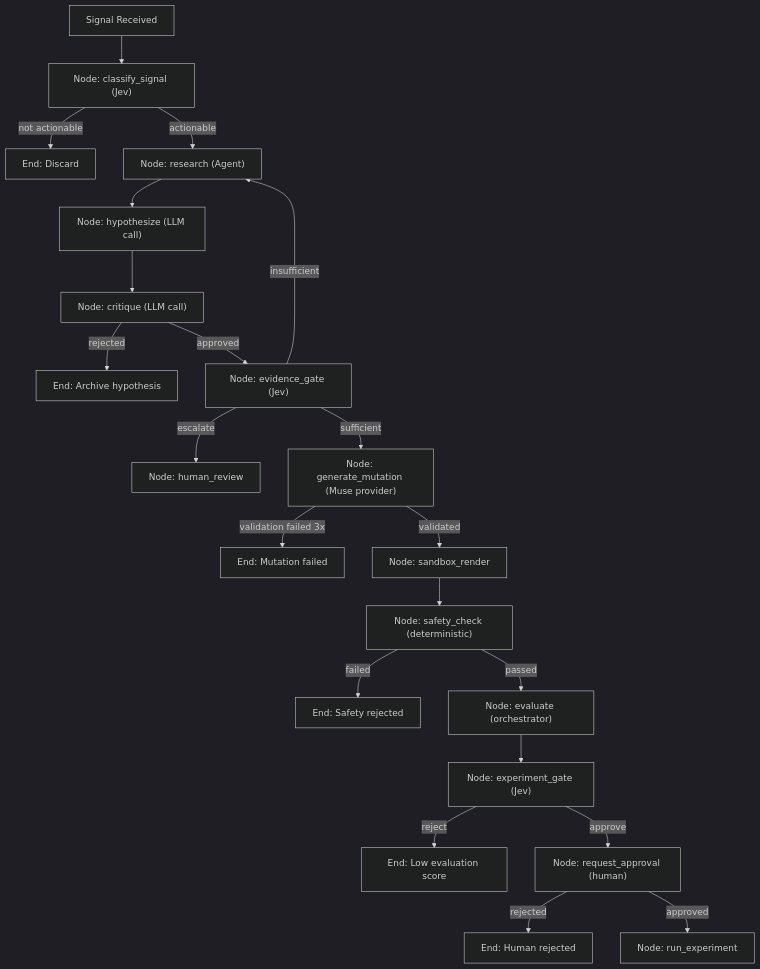
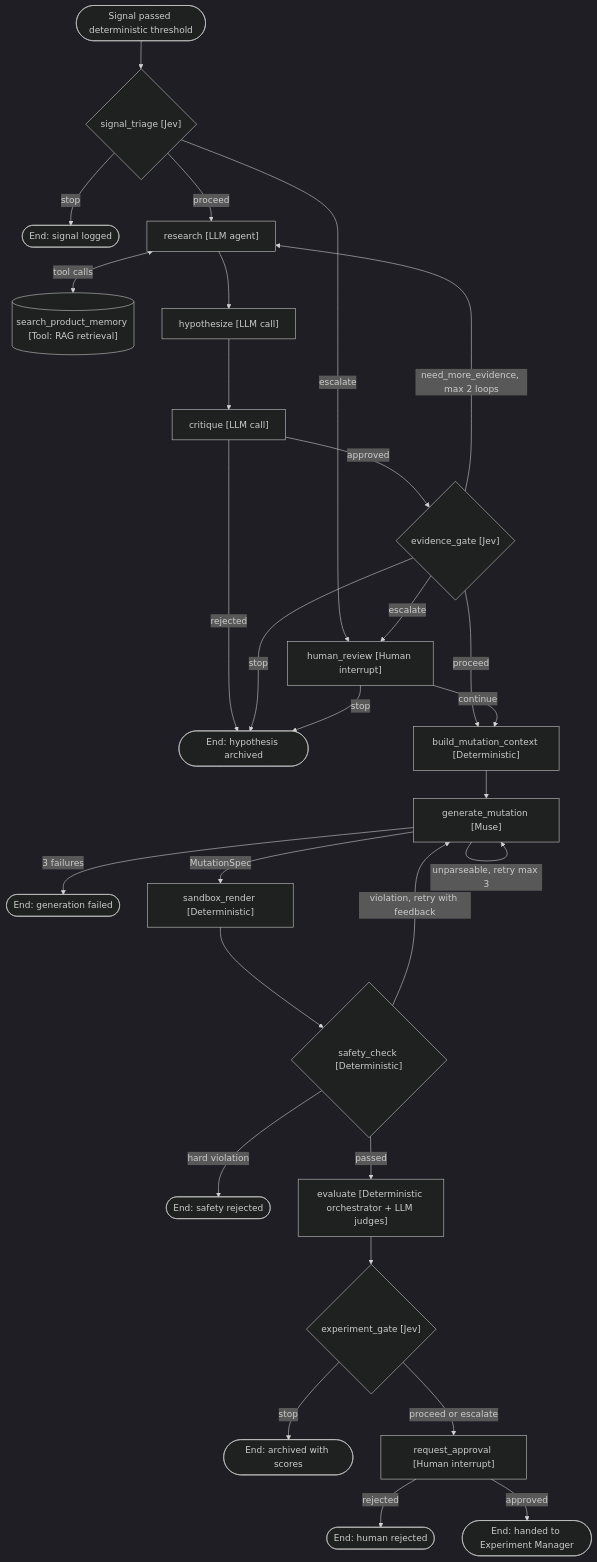
One commit to Sarishc/darwin-ux changed the diagram in docs/AGENT_ARCHITECTURE.md. Above: the diagram before and after it, drawn with Mermaid (dark theme). The commit also changed other lines of this file and 12 other files, not shown here.

Commit message:
docs: define DarwinUX system architecture

````diff
--- a/docs/AGENT_ARCHITECTURE.md
+++ b/docs/AGENT_ARCHITECTURE.md
@@ -348,30 +370,38 @@
 ```mermaid
 graph TD
-    START["Signal Received"] --> CLASSIFY["Node: classify_signal (Jev)"]
-    CLASSIFY -->|not actionable| END_DISCARD["End: Discard"]
-    CLASSIFY -->|actionable| RESEARCH["Node: research (Agent)"]
-    
-    RESEARCH --> HYPOTHESIZE["Node: hypothesize (LLM call)"]
-    HYPOTHESIZE --> CRITIQUE["Node: critique (LLM call)"]
-    
-    CRITIQUE -->|rejected| END_REJECT["End: Archive hypothesis"]
-    CRITIQUE -->|approved| GATE["Node: evidence_gate (Jev)"]
-    
-    GATE -->|insufficient| RESEARCH
-    GATE -->|escalate| HUMAN_REVIEW["Node: human_review"]
-    GATE -->|sufficient| MUSE["Node: generate_mutation (Muse provider)"]
-    
-    MUSE -->|validation failed 3x| END_FAIL["End: Mutation failed"]
-    MUSE -->|validated| SANDBOX["Node: sandbox_render"]
-    
-    SANDBOX --> SAFETY["Node: safety_check (deterministic)"]
-    SAFETY -->|failed| END_UNSAFE["End: Safety rejected"]
-    SAFETY -->|passed| EVALUATE["Node: evaluate (orchestrator)"]
-    
-    EVALUATE --> DECIDE["Node: experiment_gate (Jev)"]
-    DECIDE -->|reject| END_LOW_SCORE["End: Low evaluation score"]
-    DECIDE -->|approve| APPROVAL["Node: request_approval (human)"]
-    
-    APPROVAL -->|rejected| END_HUMAN_REJECT["End: Human rejected"]
-    APPROVAL -->|approved| EXPERIMENT["Node: run_experiment"]
+    START(["Signal passed deterministic threshold"]) --> TRIAGE{"signal_triage [Jev]"}
+    TRIAGE -->|stop| END_DISCARD(["End: signal logged"])
+    TRIAGE -->|escalate| HUMAN_ESC["human_review [Human interrupt]"]
+    TRIAGE -->|proceed| RESEARCH["research [LLM agent]"]
+
+    RESEARCH <-->|tool calls| RAG[("search_product_memory [Tool: RAG retrieval]")]
+    RESEARCH --> HYPOTHESIZE["hypothesize [LLM call]"]
+    HYPOTHESIZE --> CRITIQUE["critique [LLM call]"]
+    CRITIQUE -->|rejected| END_REJECT(["End: hypothesis archived"])
+    CRITIQUE -->|approved| GATE{"evidence_gate [Jev]"}
+
+    GATE -->|need_more_evidence, max 2 loops| RESEARCH
+    GATE -->|escalate| HUMAN_ESC
+    GATE -->|stop| END_REJECT
+    GATE -->|proceed| PLAN["build_mutation_context [Deterministic]"]
+
+    HUMAN_ESC -->|continue| PLAN
+    HUMAN_ESC -->|stop| END_REJECT
+
+    PLAN --> MUSE["generate_mutation [Muse]"]
+    MUSE -->|unparseable, retry max 3| MUSE
+    MUSE -->|3 failures| END_FAIL(["End: generation failed"])
+    MUSE -->|MutationSpec| SANDBOX["sandbox_render [Deterministic]"]
+
+    SANDBOX --> SAFETY{"safety_check [Deterministic]"}
+    SAFETY -->|violation, retry with feedback| MUSE
+    SAFETY -->|hard violation| END_UNSAFE(["End: safety rejected"])
+    SAFETY -->|passed| EVALUATE["evaluate [Deterministic orchestrator + LLM judges]"]
+
+    EVALUATE --> DECIDE{"experiment_gate [Jev]"}
+    DECIDE -->|stop| END_LOW(["End: archived with scores"])
+    DECIDE -->|proceed or escalate| APPROVAL["request_approval [Human interrupt]"]
+
+    APPROVAL -->|rejected| END_HUMAN(["End: human rejected"])
+    APPROVAL -->|approved| HANDOFF(["End: handed to Experiment Manager"])
 ```
````
